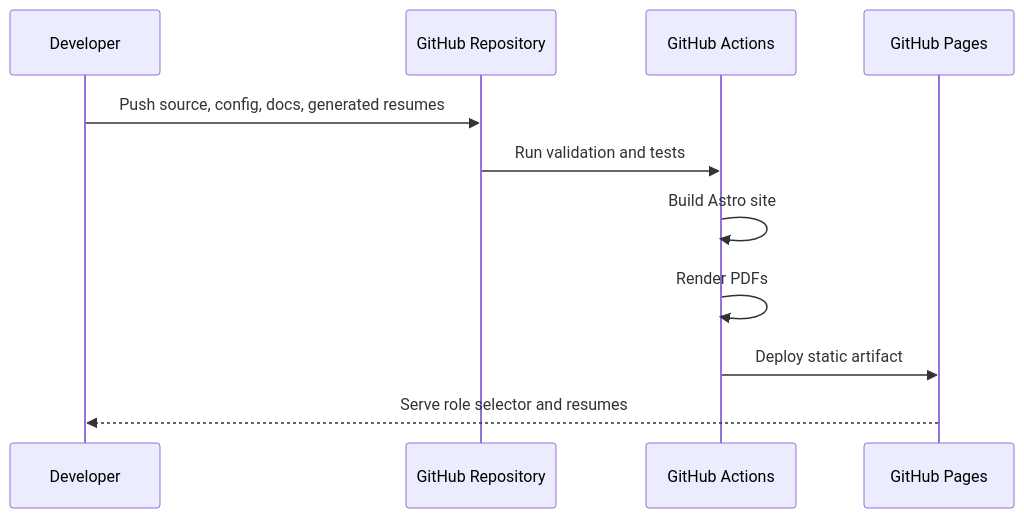
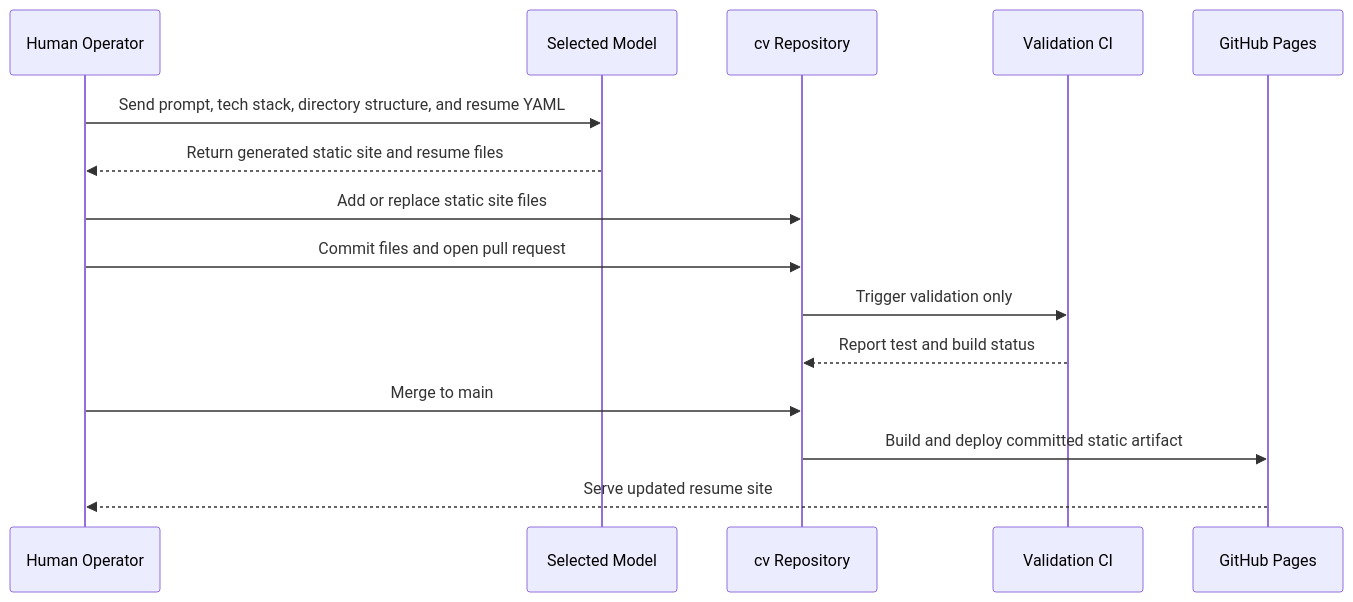
Before and after one commit to trydydd/cv: the diagram in docs/deployment.md, drawn with Mermaid. The commit also changed other lines of this file, not shown here.

Commit message:
Clarify manual resume generation deployment flow

````diff
--- a/docs/deployment.md
+++ b/docs/deployment.md
@@ -7,14 +11,18 @@
 ```mermaid
 sequenceDiagram
-    participant Dev as Developer
-    participant Repo as GitHub Repository
-    participant CI as GitHub Actions
+    participant Human as Human Operator
+    participant Model as Selected Model
+    participant Repo as cv Repository
+    participant CI as Validation CI
     participant Pages as GitHub Pages
 
-    Dev->>Repo: Push source, config, docs, generated resumes
-    Repo->>CI: Run validation and tests
-    CI->>CI: Build Astro site
-    CI->>CI: Render PDFs
-    CI->>Pages: Deploy static artifact
-    Pages-->>Dev: Serve role selector and resumes
+    Human->>Model: Send prompt, tech stack, directory structure, and resume YAML
+    Model-->>Human: Return generated static site and resume files
+    Human->>Repo: Add or replace static site files
+    Human->>Repo: Commit files and open pull request
+    Repo->>CI: Trigger validation only
+    CI-->>Repo: Report test and build status
+    Human->>Repo: Merge to main
+    Repo->>Pages: Build and deploy committed static artifact
+    Pages-->>Human: Serve updated resume site
 ```
````
